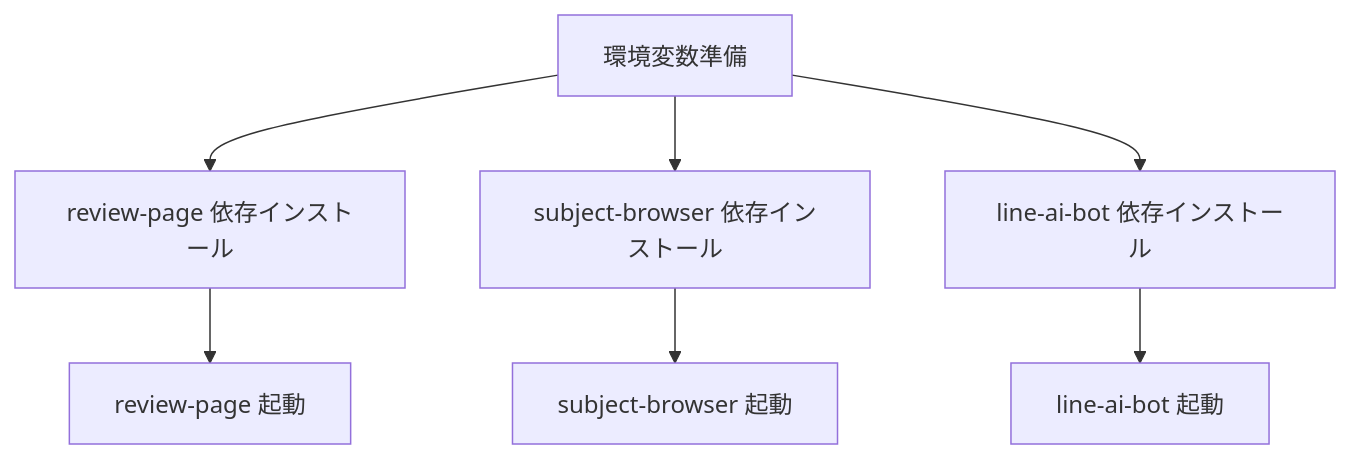
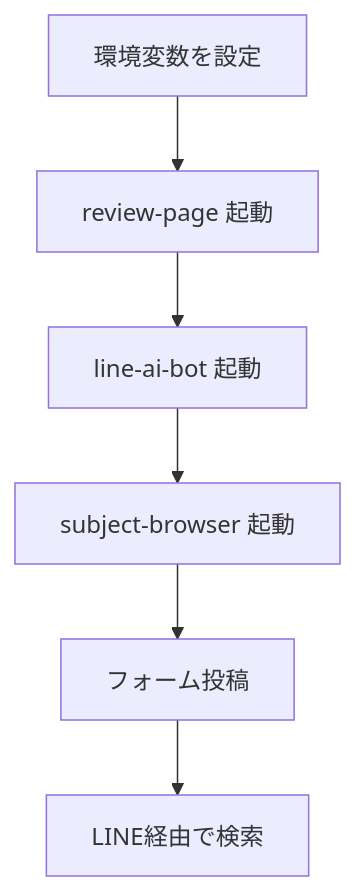
One commit to lego0509/campus-ai changed the diagram in wiki/02-クイックスタート.md. Above: the diagram before and after it, drawn with Mermaid. The commit also changed other lines of this file and 17 other files, not shown here.

````diff
--- a/wiki/02-クイックスタート.md
+++ b/wiki/02-クイックスタート.md
@@ -12,9 +68,8 @@
 ```mermaid
 flowchart TD
-  Setup[環境変数準備] --> ReviewInstall[review-page 依存インストール]
-  Setup --> SubjectInstall[subject-browser 依存インストール]
-  Setup --> LineInstall[line-ai-bot 依存インストール]
-  ReviewInstall --> ReviewDev[review-page 起動]
-  SubjectInstall --> SubjectDev[subject-browser 起動]
-  LineInstall --> LineDev[line-ai-bot 起動]
+  A[環境変数を設定] --> B[review-page 起動]
+  B --> C[line-ai-bot 起動]
+  C --> D[subject-browser 起動]
+  D --> E[フォーム投稿]
+  E --> F[LINE経由で検索]
 ```
````
